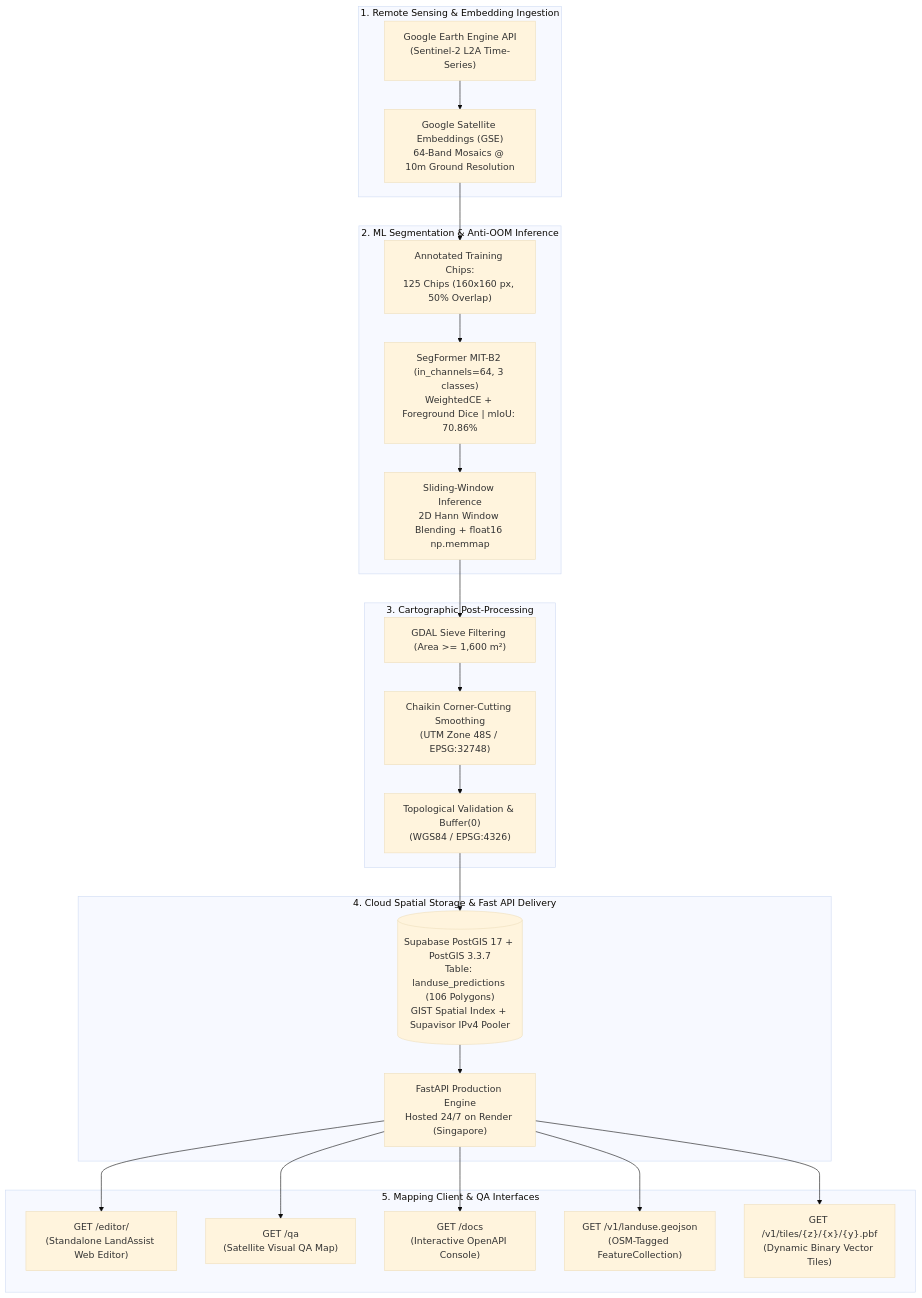
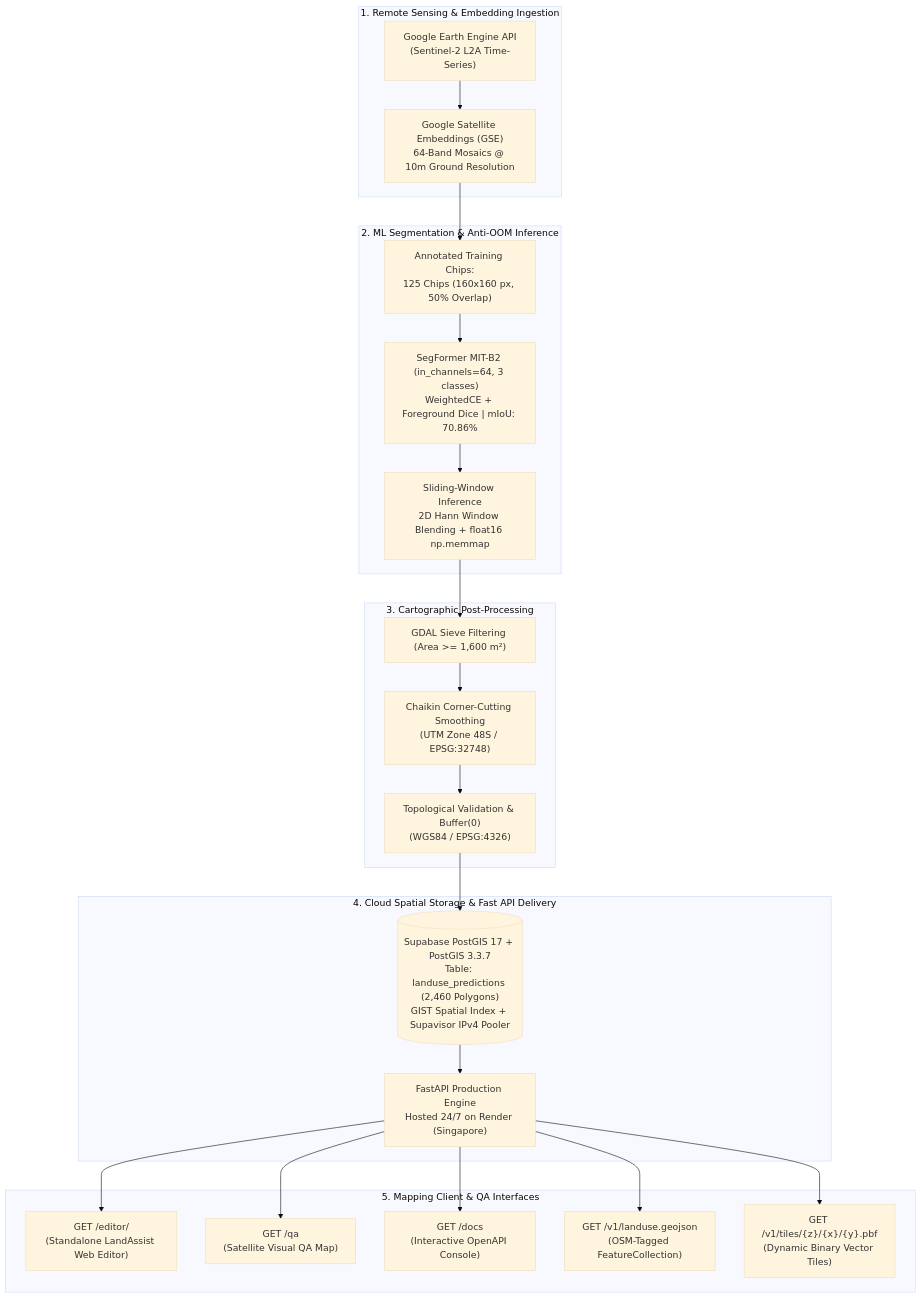
One commit to Anovvy/LandAssist changed the diagram in README.md. Above: the diagram before and after it, drawn with Mermaid (base theme). The commit also changed other lines of this file, not shown here.

````diff
--- a/README.md
+++ b/README.md
@@ -90,31 +90,31 @@
 ```mermaid
 flowchart TD
     subgraph Ingestion["1. Remote Sensing & Embedding Ingestion"]
         GEE["Google Earth Engine API\n(Sentinel-2 L2A Time-Series)"] --> GSE["Google Satellite Embeddings (GSE)\n64-Band Mosaics @ 10m Ground Resolution"]
     end
 
     subgraph DeepLearning["2. ML Segmentation & Anti-OOM Inference"]
         GSE --> DS["Annotated Training Chips:\n125 Chips (160x160 px, 50% Overlap)"]
         DS --> SegFormer["SegFormer MIT-B2 (in_channels=64, 3 classes)\nWeightedCE + Foreground Dice | mIoU: 70.86%"]
         SegFormer --> Infer["Sliding-Window Inference\n2D Hann Window Blending + float16 np.memmap"]
     end
 
     subgraph Vectorization["3. Cartographic Post-Processing"]
         Infer --> Sieve["GDAL Sieve Filtering (Area >= 1,600 m²)"]
         Sieve --> Chaikin["Chaikin Corner-Cutting Smoothing\n(UTM Zone 48S / EPSG:32748)"]
         Chaikin --> Reproject["Topological Validation & Buffer(0)\n(WGS84 / EPSG:4326)"]
     end
 
     subgraph DataLayer["4. Cloud Spatial Storage & Fast API Delivery"]
-        Reproject --> DB[("Supabase PostGIS 17 + PostGIS 3.3.7\nTable: landuse_predictions (106 Polygons)\nGIST Spatial Index + Supavisor IPv4 Pooler")]
+        Reproject --> DB[("Supabase PostGIS 17 + PostGIS 3.3.7\nTable: landuse_predictions (2,460 Polygons)\nGIST Spatial Index + Supavisor IPv4 Pooler")]
         DB --> API["FastAPI Production Engine\nHosted 24/7 on Render (Singapore)"]
     end
 
     subgraph Presentation["5. Mapping Client & QA Interfaces"]
         API --> WebEditor["GET /editor/\n(Standalone LandAssist Web Editor)"]
         API --> QA["GET /qa\n(Satellite Visual QA Map)"]
         API --> Swagger["GET /docs\n(Interactive OpenAPI Console)"]
         API --> GeoJSON["GET /v1/landuse.geojson\n(OSM-Tagged FeatureCollection)"]
         API --> MVT["GET /v1/tiles/{z}/{x}/{y}.pbf\n(Dynamic Binary Vector Tiles)"]
     end
 ```
````
